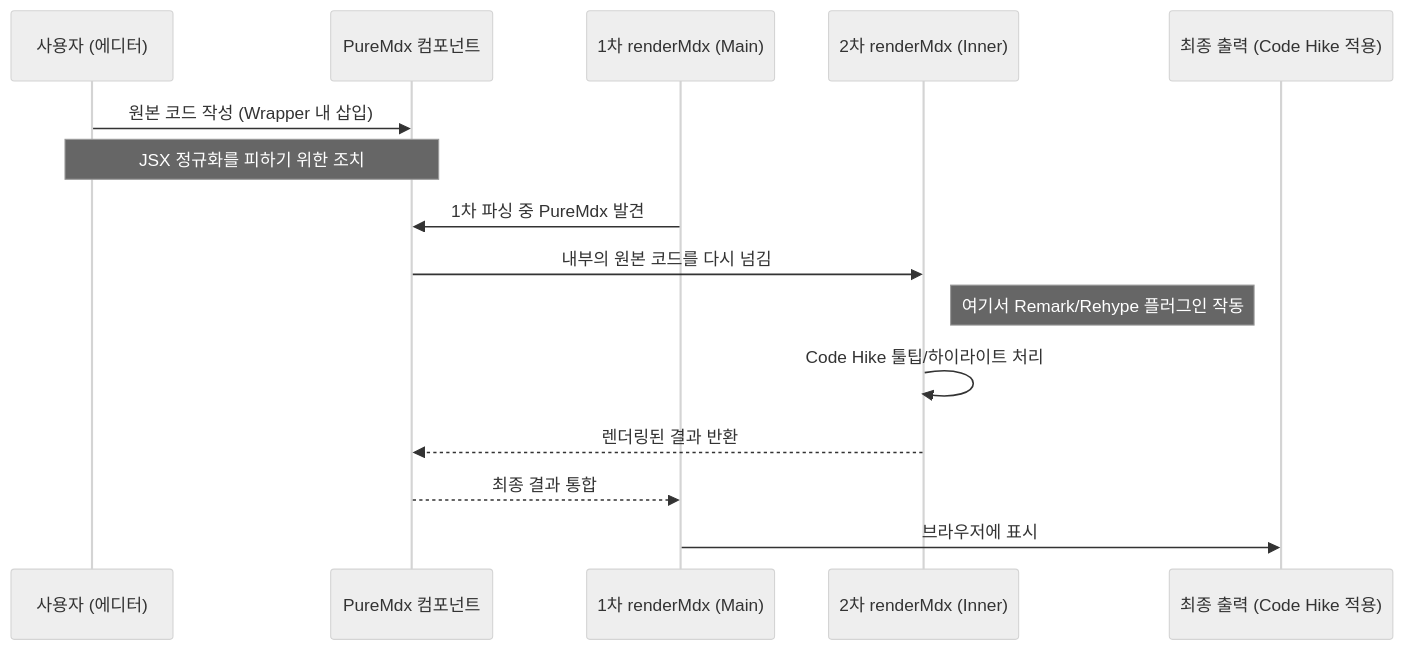
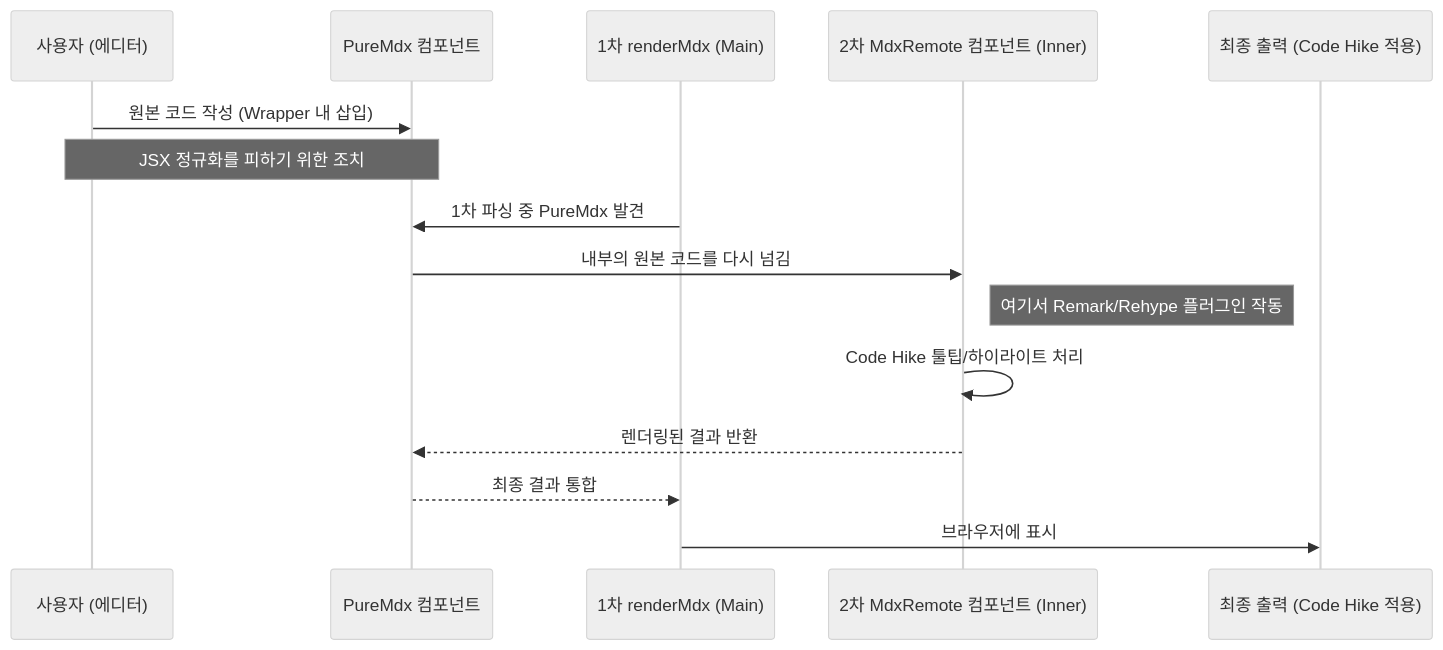
The diagram in src/contents/posts/코드-블럭에-툴팁을-띄우고-싶었을-뿐인데.mdx (bh2980/bh2980_blog), drawn with Mermaid (neutral theme) before and after one commit. The commit also changed other lines of this file, not shown here.

````diff
--- a/src/contents/posts/코드-블럭에-툴팁을-띄우고-싶었을-뿐인데.mdx
+++ b/src/contents/posts/코드-블럭에-툴팁을-띄우고-싶었을-뿐인데.mdx
@@ -56,20 +56,20 @@
 ```mermaid
 sequenceDiagram
     participant U as 사용자 (에디터)
     participant E as PureMdx 컴포넌트
     participant R1 as 1차 renderMdx (Main)
-    participant R2 as 2차 renderMdx (Inner)
+    participant R2 as 2차 MdxRemote 컴포넌트 (Inner)
     participant O as 최종 출력 (Code Hike 적용)
 
     U->>E: 원본 코드 작성 (Wrapper 내 삽입)
     Note over U,E: JSX 정규화를 피하기 위한 조치
 
     R1->>E: 1차 파싱 중 PureMdx 발견
     E->>R2: 내부의 원본 코드를 다시 넘김
     Note right of R2: 여기서 Remark/Rehype 플러그인 작동
     
     R2->>R2: Code Hike 툴팁/하이라이트 처리
     R2-->>E: 렌더링된 결과 반환
     E-->>R1: 최종 결과 통합
     R1->>O: 브라우저에 표시
 ```
````
